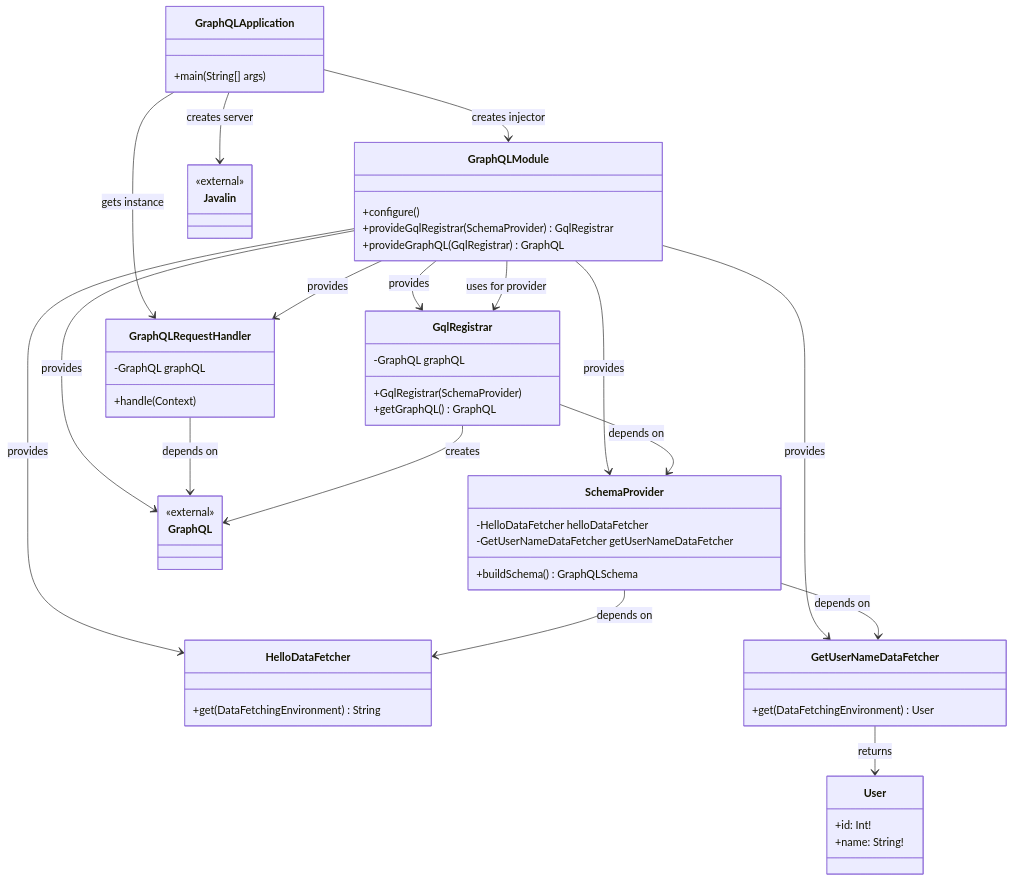
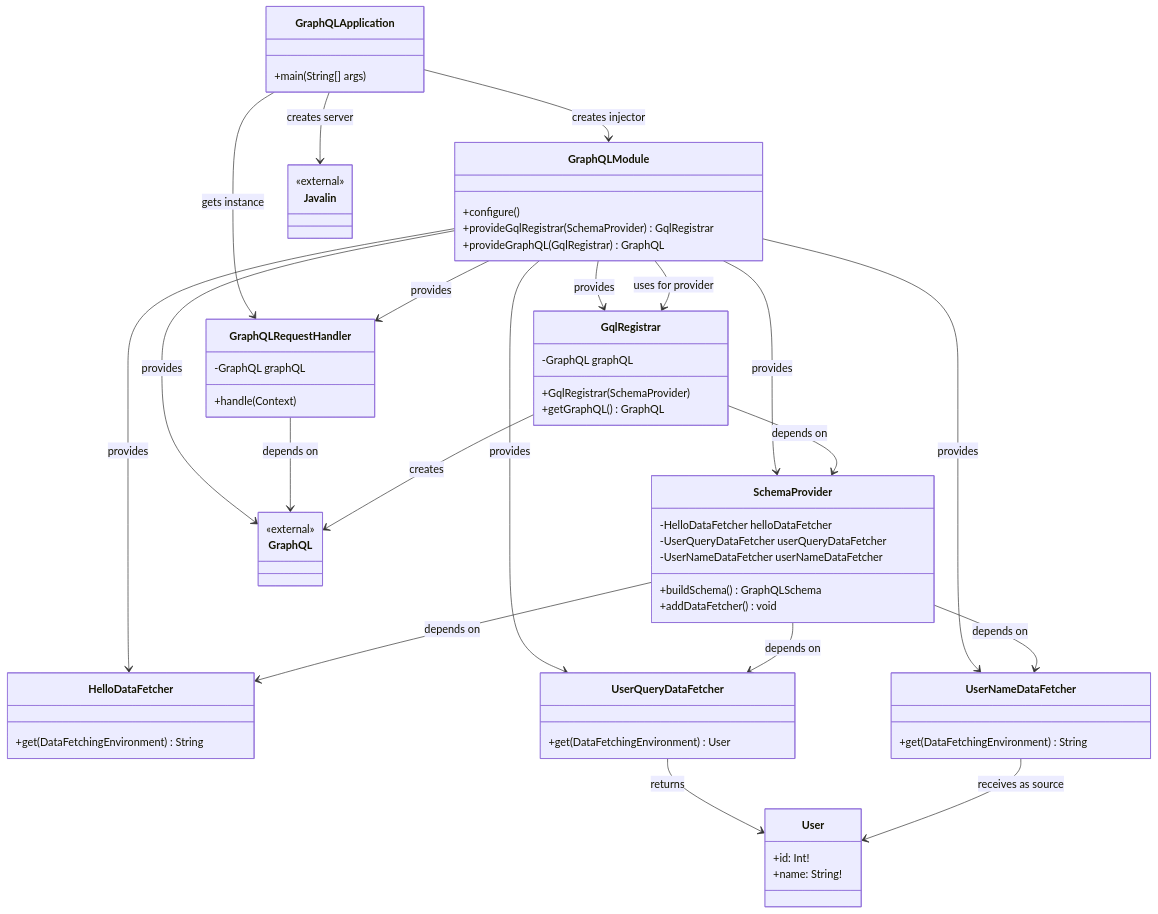
One commit to deepak07031999/BasicGraphQlWithGoogleGuiceApplication changed the diagram in README.md. Above: the diagram before and after it, drawn with Mermaid. The commit also changed other lines of this file and 5 other files, not shown here.

First line of the commit message:
Implement field-level resolvers with modular data fetcher registration

````diff
--- a/README.md
+++ b/README.md
@@ -23,70 +23,79 @@
 ```mermaid
 classDiagram
     class GraphQLApplication {
         +main(String[] args)
     }
     
     class GraphQLModule {
         +configure()
         +provideGqlRegistrar(SchemaProvider) GqlRegistrar
         +provideGraphQL(GqlRegistrar) GraphQL
     }
     
     class HelloDataFetcher {
         +get(DataFetchingEnvironment) String
     }
     
-    class GetUserNameDataFetcher {
+    class UserQueryDataFetcher {
         +get(DataFetchingEnvironment) User
+    }
+    
+    class UserNameDataFetcher {
+        +get(DataFetchingEnvironment) String
     }
     
     class SchemaProvider {
         -HelloDataFetcher helloDataFetcher
-        -GetUserNameDataFetcher getUserNameDataFetcher
+        -UserQueryDataFetcher userQueryDataFetcher
+        -UserNameDataFetcher userNameDataFetcher
         +buildSchema() GraphQLSchema
+        +addDataFetcher() void
     }
     
     class GqlRegistrar {
         -GraphQL graphQL
         +GqlRegistrar(SchemaProvider)
         +getGraphQL() GraphQL
     }
     
     class GraphQLRequestHandler {
         -GraphQL graphQL
         +handle(Context)
     }
     
     class User {
         +id: Int!
         +name: String!
     }
     
     class GraphQL {
         <<external>>
     }
     
     class Javalin {
         <<external>>
     }
     
     GraphQLApplication --> GraphQLModule : creates injector
     GraphQLApplication --> Javalin : creates server
     GraphQLApplication --> GraphQLRequestHandler : gets instance
     
     GraphQLModule --> HelloDataFetcher : provides
-    GraphQLModule --> GetUserNameDataFetcher : provides
+    GraphQLModule --> UserQueryDataFetcher : provides
+    GraphQLModule --> UserNameDataFetcher : provides
     GraphQLModule --> SchemaProvider : provides
     GraphQLModule --> GqlRegistrar : provides
     GraphQLModule --> GraphQLRequestHandler : provides
     GraphQLModule --> GraphQL : provides
     
     SchemaProvider --> HelloDataFetcher : depends on
-    SchemaProvider --> GetUserNameDataFetcher : depends on
+    SchemaProvider --> UserQueryDataFetcher : depends on
+    SchemaProvider --> UserNameDataFetcher : depends on
     GqlRegistrar --> SchemaProvider : depends on
     GraphQLRequestHandler --> GraphQL : depends on
-    GetUserNameDataFetcher --> User : returns
+    UserQueryDataFetcher --> User : returns
+    UserNameDataFetcher --> User : receives as source
     
     GqlRegistrar --> GraphQL : creates
     GraphQLModule --> GqlRegistrar : uses for provider
 ```
````
